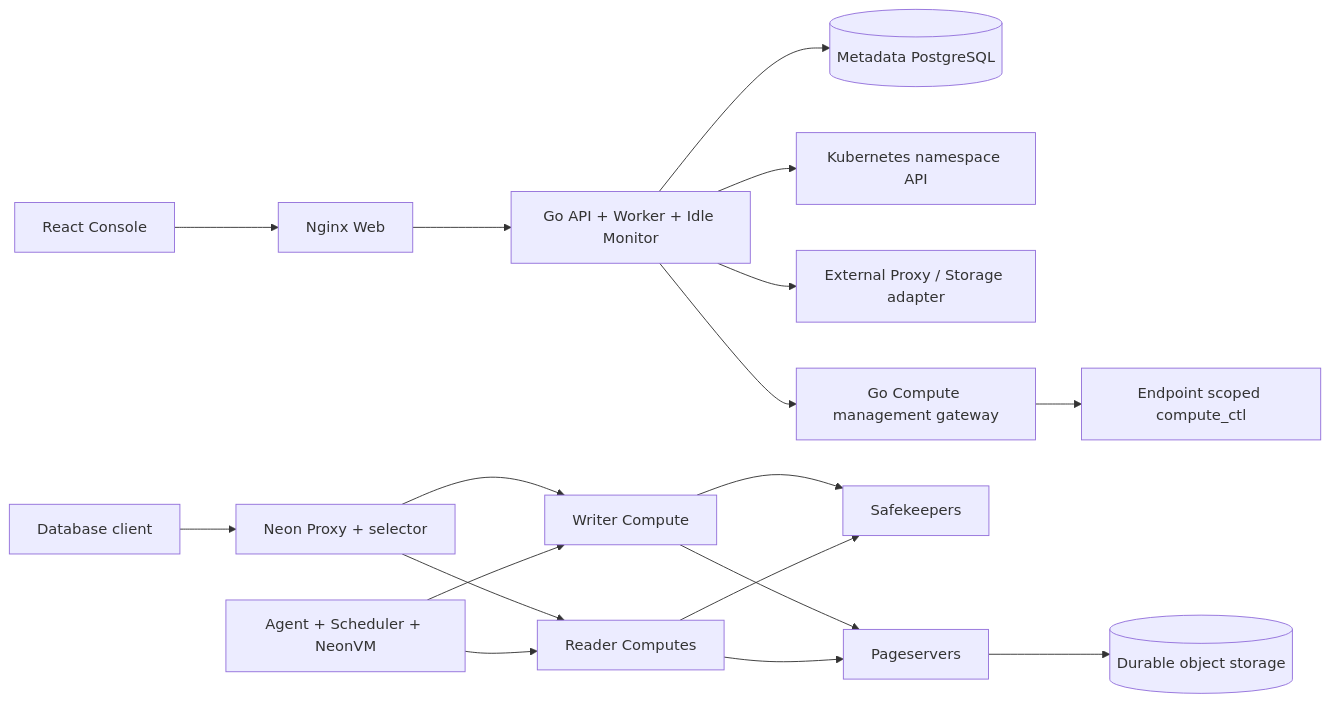
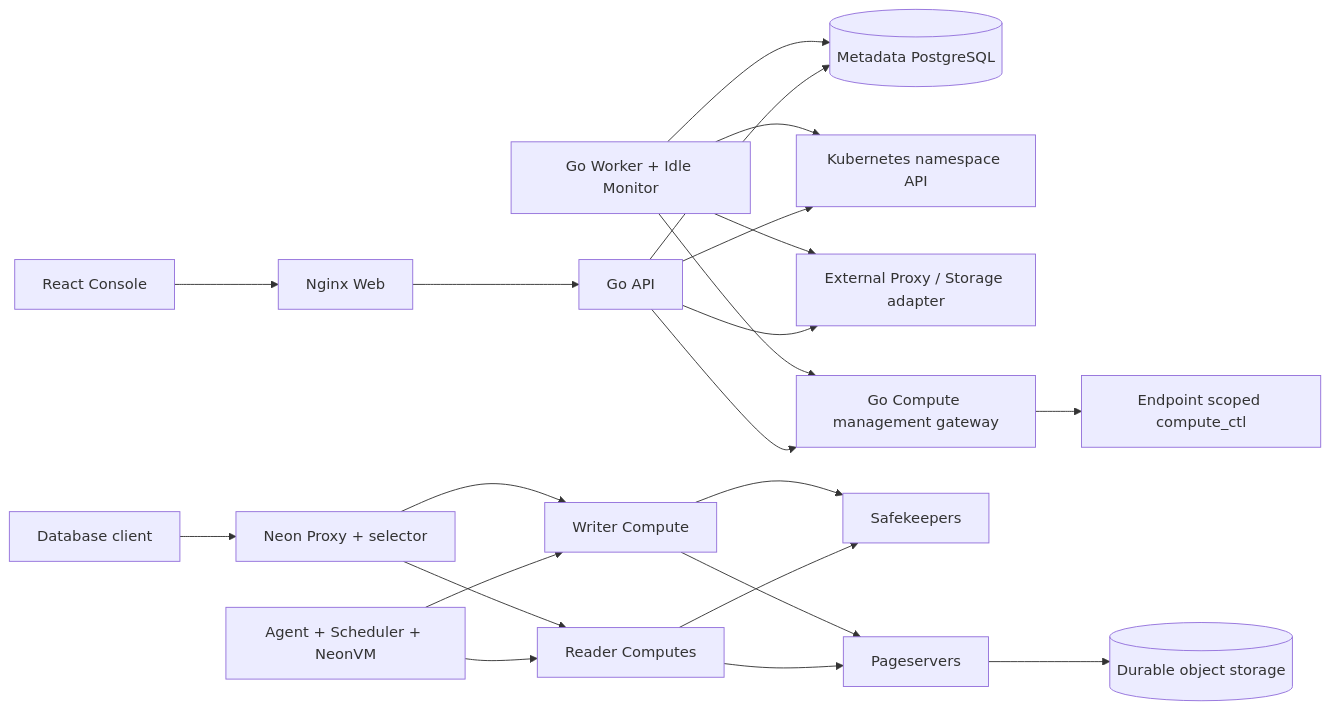
Before and after one commit to william-lbn/control-plane: the first of 4 diagrams in docs/ARCHITECTURE.md, drawn with Mermaid. The commit also changed other lines of this file and 25 other files, not shown here.

First line of the commit message:
feat: separate control API and worker with durable leader lease

````diff
--- a/docs/ARCHITECTURE.md
+++ b/docs/ARCHITECTURE.md
@@ -9,20 +9,24 @@
 ```mermaid
 flowchart LR
   Browser[React Console] --> Web[Nginx Web]
-  Web --> API[Go API + Worker + Idle Monitor]
+  Web --> API[Go API]
+  Worker[Go Worker + Idle Monitor] --> Metadata
+  Worker --> K8s
+  Worker --> Adapter
+  Worker --> Gateway
   API --> Metadata[(Metadata PostgreSQL)]
   API --> K8s[Kubernetes namespace API]
   API --> Adapter[External Proxy / Storage adapter]
   API --> Gateway[Go Compute management gateway]
   Gateway --> Ctl[Endpoint scoped compute_ctl]
   App[Database client] --> Proxy[Neon Proxy + selector]
   Proxy --> Writer[Writer Compute]
   Proxy --> Readers[Reader Computes]
   Writer --> SK[Safekeepers]
   Writer --> PS[Pageservers]
   Readers --> SK
   Readers --> PS
   PS --> Objects[(Durable object storage)]
   Autoscaling[Agent + Scheduler + NeonVM] --> Writer
   Autoscaling --> Readers
 ```
````
